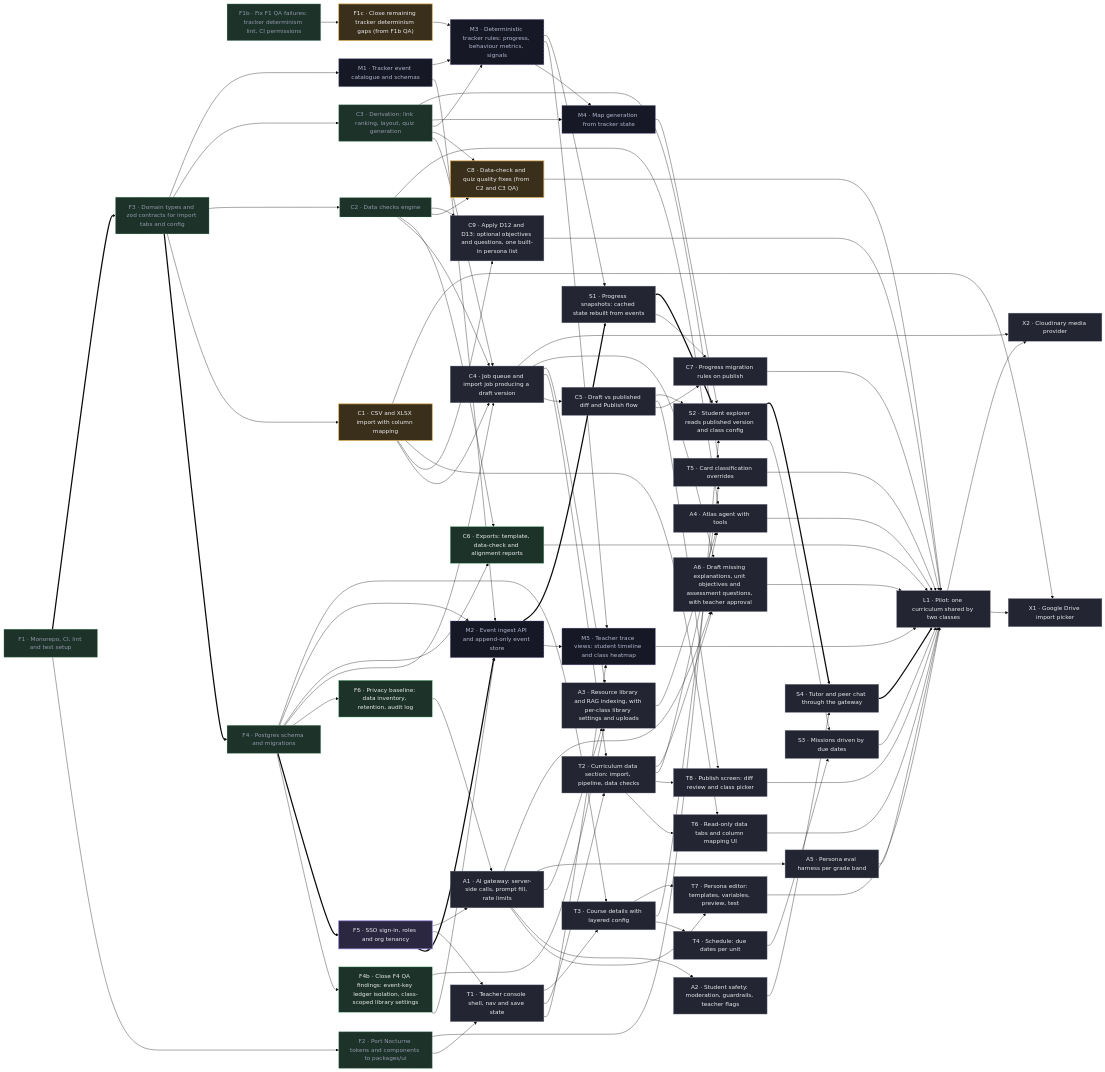
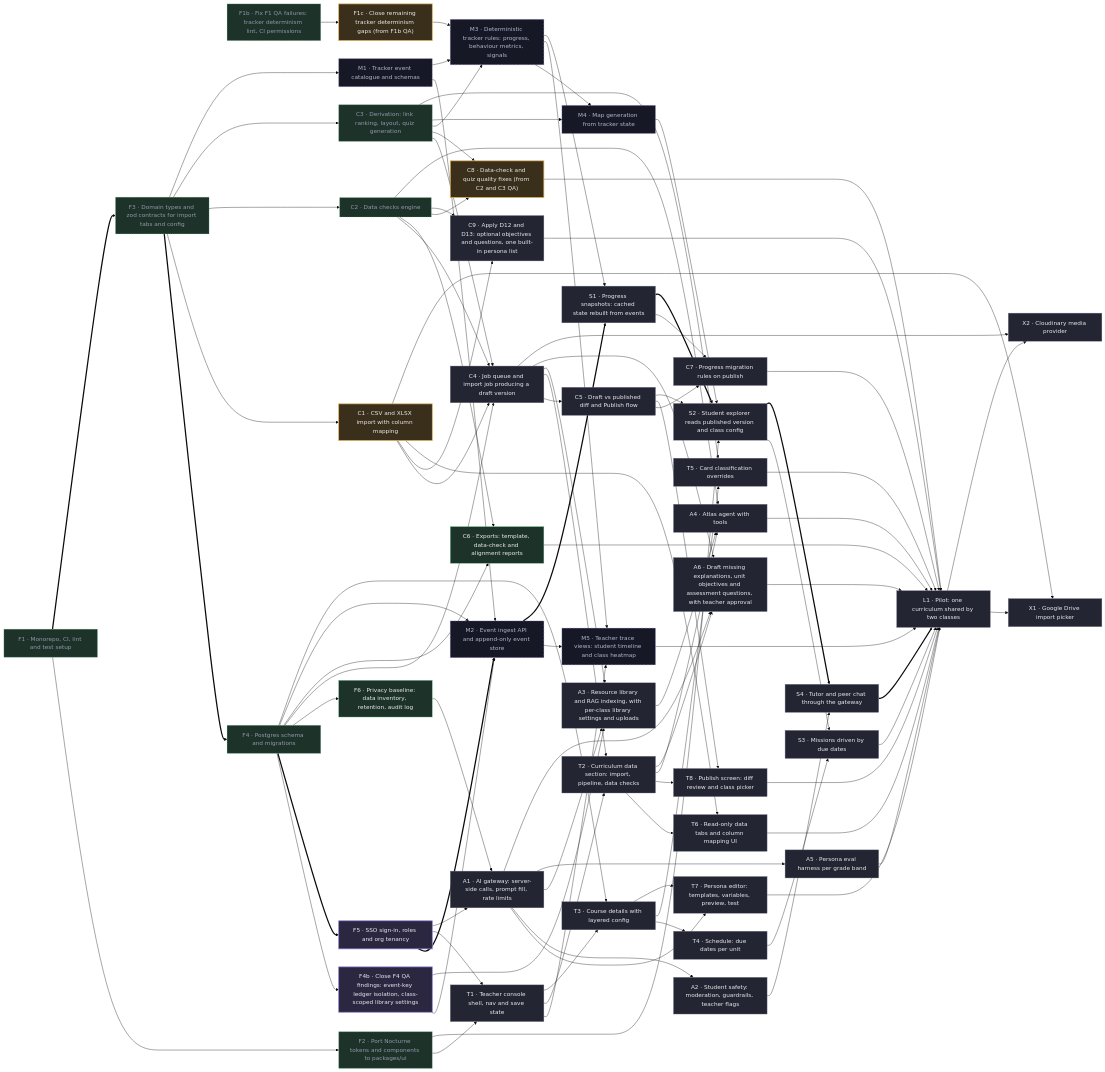
Before and after one commit to tenkevin/mind-your-tutor: the diagram in docs/PLAN.md, drawn with Mermaid (base theme). The commit also changed other lines of this file and 1 other file, not shown here.

````diff
--- a/docs/PLAN.md
+++ b/docs/PLAN.md
@@ -230,9 +229,9 @@
   classDef done fill:#1d3329,stroke:#6fcf97,color:#9397ab,stroke-dasharray:3 3
   classDef spec fill:#161826,stroke:#968ae0,color:#b2b6ca,stroke-dasharray:6 4
   class C4,C5,C7,C9,T1,T2,T3,T4,T5,T6,T7,T8,A1,A2,A3,A4,A5,A6,S1,S2,S3,S4,L1,X1,X2 todo
-  class F5 doing
+  class F4b,F5 doing
   class F1c,C1,C8 review
   class F1,F1b,F2,F3,F4,C2,C3 done
-  class F4b,F6,C6 ready
+  class F6,C6 ready
   class M1,M2,M3,M4,M5 spec
 ```
````
